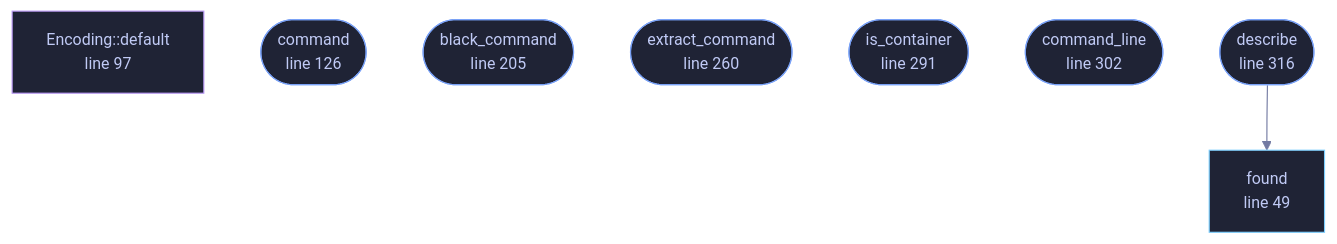
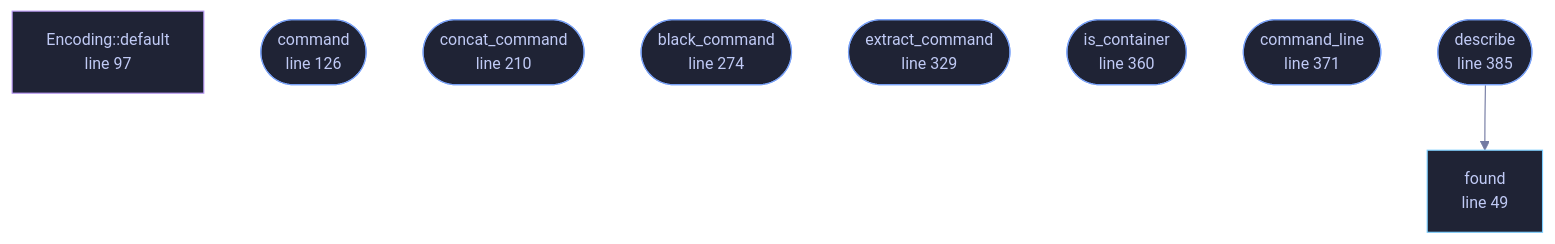
The diagram in docs/files/veilvoice-video/ffmpeg.md (tilas01/veilvoice), drawn with Mermaid before and after one commit. The commit also changed other lines of this file and 67 other files, not shown here.

````diff
--- a/docs/files/veilvoice-video/ffmpeg.md
+++ b/docs/files/veilvoice-video/ffmpeg.md
@@ -100,27 +101,29 @@
 ```mermaid
 %%{init: {"theme":"base","themeVariables":{"background":"#1a1b26","primaryColor":"#1f2335","primaryTextColor":"#c0caf5","primaryBorderColor":"#7aa2f7","secondaryColor":"#16161e","tertiaryColor":"#16161e","lineColor":"#737aa2","textColor":"#c0caf5","mainBkg":"#1f2335","nodeBorder":"#7aa2f7","clusterBkg":"#16161e","clusterBorder":"#2f3549","fontFamily":"ui-monospace, SFMono-Regular, Consolas, monospace","fontSize":"14px"}}}%%
 flowchart TD
     n_found["found<br/>line 49"]
     n_default["Encoding::default<br/>line 97"]
     n_command(["command<br/>line 126"])
-    n_black_command(["black_command<br/>line 205"])
-    n_extract_command(["extract_command<br/>line 260"])
-    n_is_container(["is_container<br/>line 291"])
-    n_command_line(["command_line<br/>line 302"])
-    n_describe(["describe<br/>line 316"])
+    n_concat_command(["concat_command<br/>line 210"])
+    n_black_command(["black_command<br/>line 274"])
+    n_extract_command(["extract_command<br/>line 329"])
+    n_is_container(["is_container<br/>line 360"])
+    n_command_line(["command_line<br/>line 371"])
+    n_describe(["describe<br/>line 385"])
     n_describe --> n_found
     click n_found href "https://github.com/tilas01/veilvoice/blob/main/crates/veilvoice-video/src/ffmpeg.rs#L49" "open the source"
     click n_default href "https://github.com/tilas01/veilvoice/blob/main/crates/veilvoice-video/src/ffmpeg.rs#L97" "open the source"
     click n_command href "https://github.com/tilas01/veilvoice/blob/main/crates/veilvoice-video/src/ffmpeg.rs#L126" "open the source"
-    click n_black_command href "https://github.com/tilas01/veilvoice/blob/main/crates/veilvoice-video/src/ffmpeg.rs#L205" "open the source"
-    click n_extract_command href "https://github.com/tilas01/veilvoice/blob/main/crates/veilvoice-video/src/ffmpeg.rs#L260" "open the source"
-    click n_is_container href "https://github.com/tilas01/veilvoice/blob/main/crates/veilvoice-video/src/ffmpeg.rs#L291" "open the source"
-    click n_command_line href "https://github.com/tilas01/veilvoice/blob/main/crates/veilvoice-video/src/ffmpeg.rs#L302" "open the source"
-    click n_describe href "https://github.com/tilas01/veilvoice/blob/main/crates/veilvoice-video/src/ffmpeg.rs#L316" "open the source"
+    click n_concat_command href "https://github.com/tilas01/veilvoice/blob/main/crates/veilvoice-video/src/ffmpeg.rs#L210" "open the source"
+    click n_black_command href "https://github.com/tilas01/veilvoice/blob/main/crates/veilvoice-video/src/ffmpeg.rs#L274" "open the source"
+    click n_extract_command href "https://github.com/tilas01/veilvoice/blob/main/crates/veilvoice-video/src/ffmpeg.rs#L329" "open the source"
+    click n_is_container href "https://github.com/tilas01/veilvoice/blob/main/crates/veilvoice-video/src/ffmpeg.rs#L360" "open the source"
+    click n_command_line href "https://github.com/tilas01/veilvoice/blob/main/crates/veilvoice-video/src/ffmpeg.rs#L371" "open the source"
+    click n_describe href "https://github.com/tilas01/veilvoice/blob/main/crates/veilvoice-video/src/ffmpeg.rs#L385" "open the source"
     classDef entry fill:#1f2335,stroke:#7aa2f7,color:#c0caf5
-    class n_command,n_black_command,n_extract_command,n_is_container,n_command_line,n_describe entry
+    class n_command,n_concat_command,n_black_command,n_extract_command,n_is_container,n_command_line,n_describe entry
     classDef api fill:#1f2335,stroke:#7dcfff,color:#c0caf5
     class n_found api
     classDef helper fill:#1f2335,stroke:#bb9af7,color:#c0caf5
     class n_default helper
 ```
````
